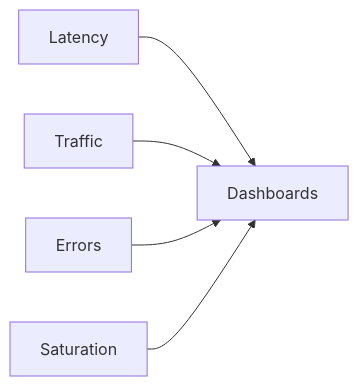
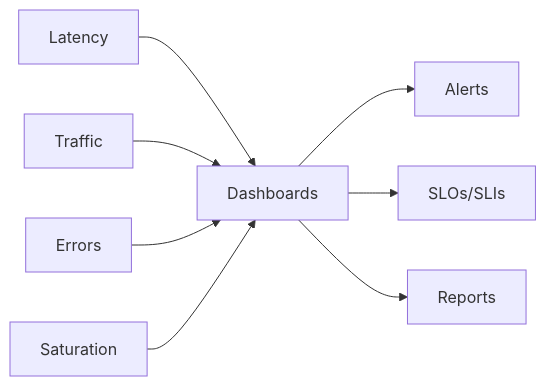
One commit to retrogamecloud/docs changed the first of 2 diagrams in infrastructure/observabilidad.mdx. Above: the diagram before and after it, drawn with Mermaid. The commit also changed other lines of this file and 23 other files, not shown here.

````diff
--- a/infrastructure/observabilidad.mdx
+++ b/infrastructure/observabilidad.mdx
@@ -29,7 +29,11 @@
 ```mermaid
 graph LR
     A[Latency] --> E[Dashboards]
     B[Traffic] --> E
     C[Errors] --> E
     D[Saturation] --> E
+    
+    E --> F[Alerts]
+    E --> G[SLOs/SLIs]
+    E --> H[Reports]
 ```
````
